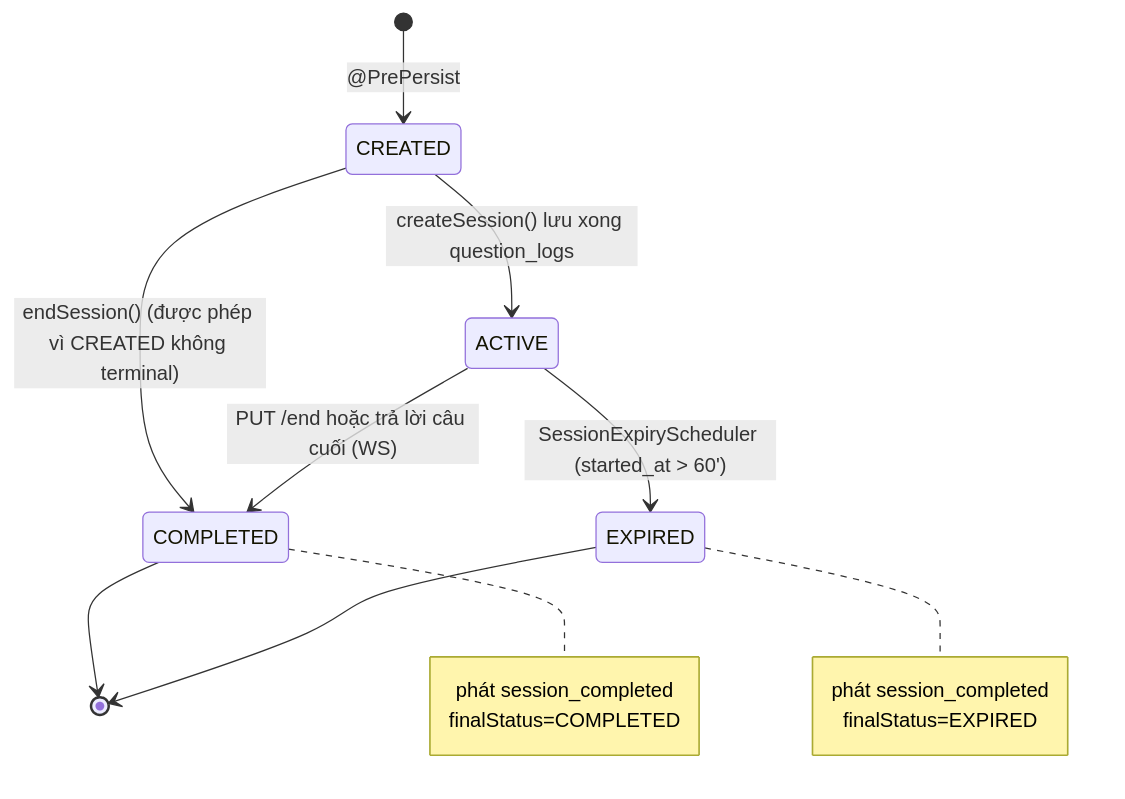
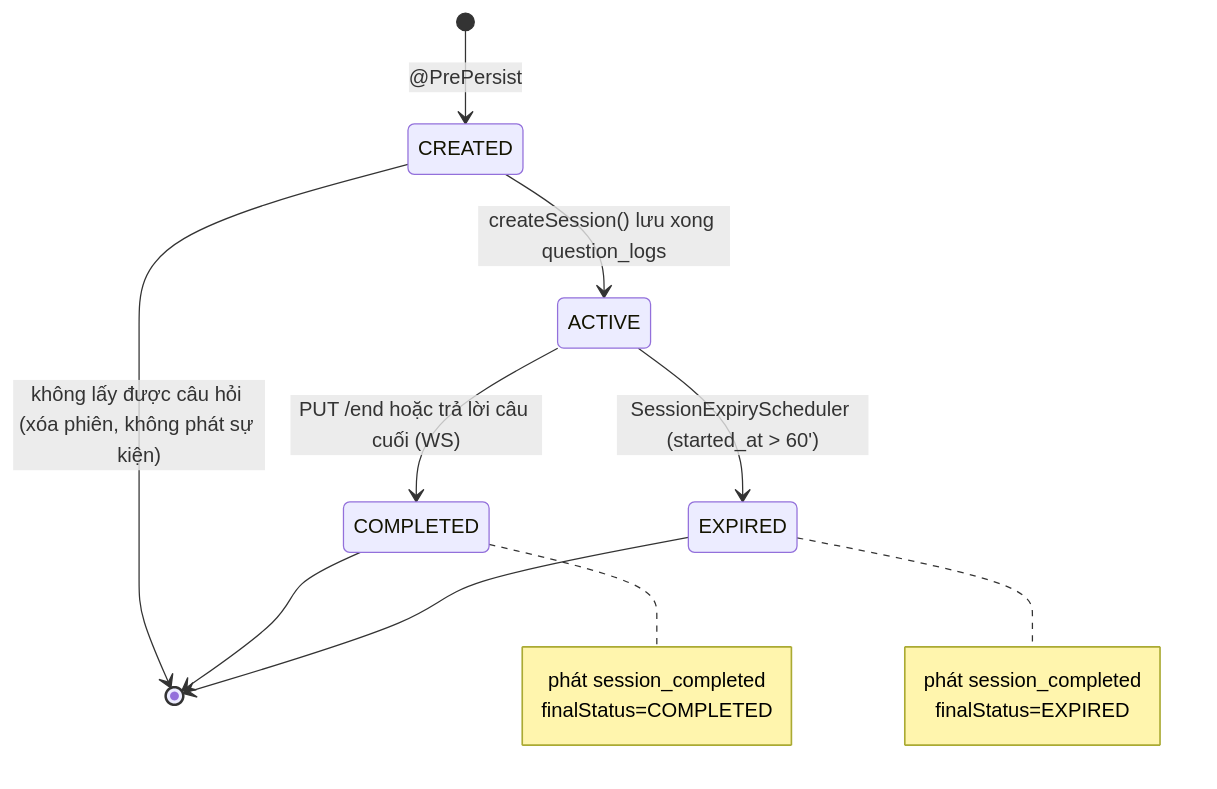
Before and after one commit to ngohoangg/intelli-hire: the second of 4 diagrams in docs/services/interview-service.md, drawn with Mermaid. The commit also changed other lines of this file and 19 other files, not shown here.

````diff
--- a/docs/services/interview-service.md
+++ b/docs/services/interview-service.md
@@ -85,18 +93,18 @@
 ```mermaid
 stateDiagram-v2
     [*] --> CREATED: @PrePersist
     CREATED --> ACTIVE: createSession() lưu xong question_logs
-    CREATED --> COMPLETED: endSession() (được phép vì CREATED không terminal)
+    CREATED --> [*]: không lấy được câu hỏi (xóa phiên, không phát sự kiện)
     ACTIVE --> COMPLETED: PUT /end hoặc trả lời câu cuối (WS)
     ACTIVE --> EXPIRED: SessionExpiryScheduler (started_at > 60')
     COMPLETED --> [*]
     EXPIRED --> [*]
     note right of COMPLETED
         phát session_completed
         finalStatus=COMPLETED
     end note
     note right of EXPIRED
         phát session_completed
         finalStatus=EXPIRED
     end note
 ```
````
